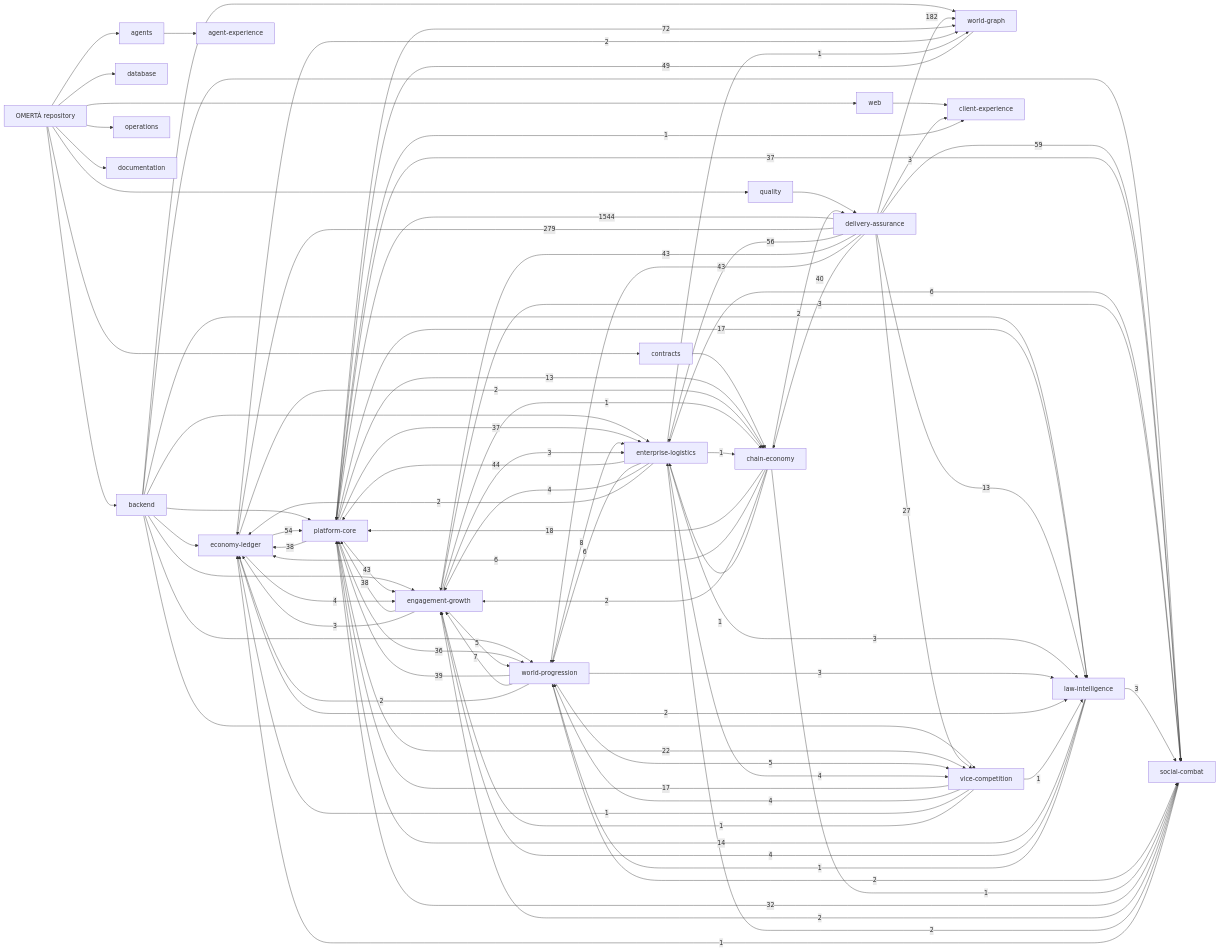
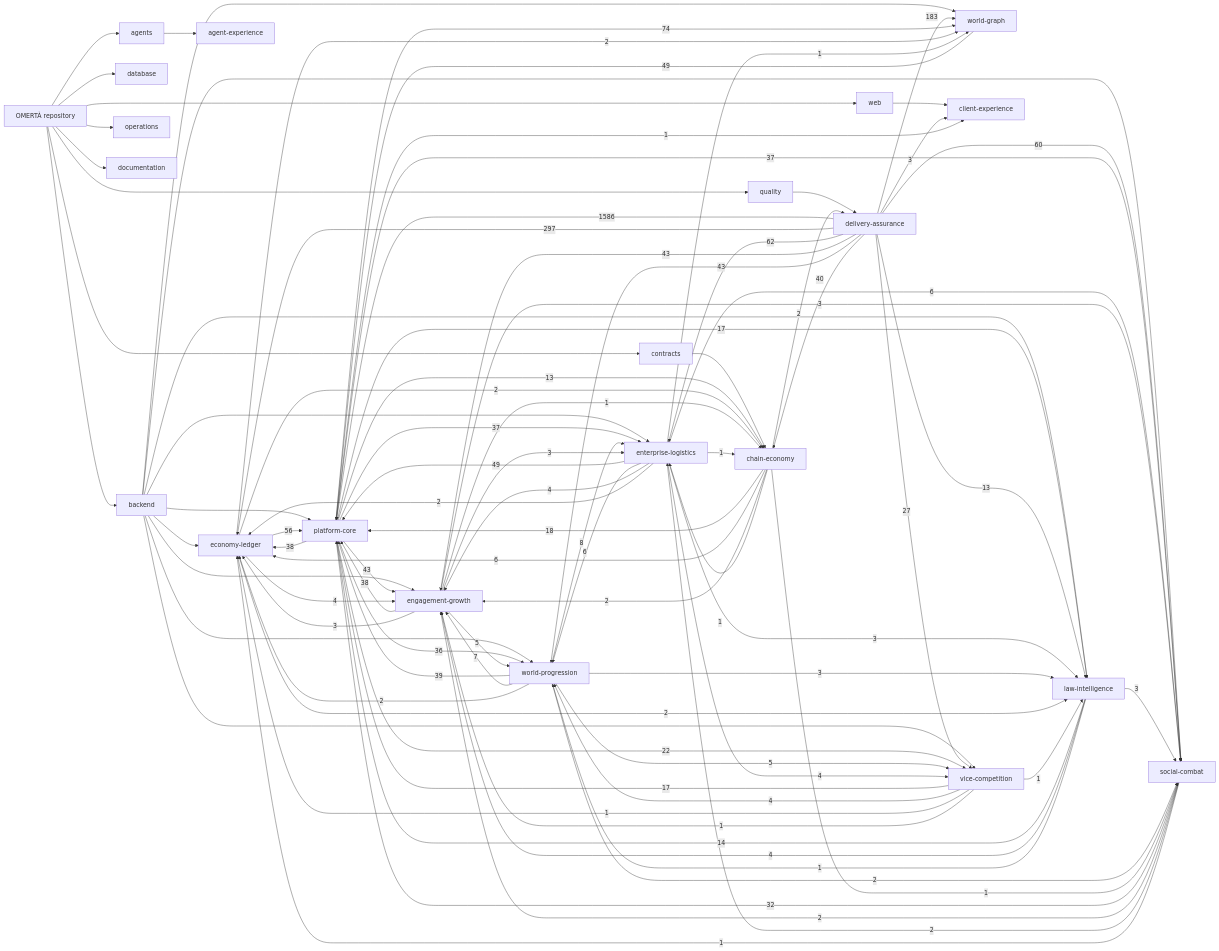
One commit to OmertaDev/Omerta changed the diagram in knowledge/generated/graph.mmd. Above: the diagram before and after it, drawn with Mermaid. The commit also changed 8 other files, not shown here.

```diff
--- a/knowledge/generated/graph.mmd
+++ b/knowledge/generated/graph.mmd
@@ -1,112 +1,112 @@
 flowchart LR
   repo["OMERTÀ repository"]
   sub_backend["backend"]
   repo --> sub_backend
   sub_database["database"]
   repo --> sub_database
   sub_web["web"]
   repo --> sub_web
   sub_contracts["contracts"]
   repo --> sub_contracts
   sub_agents["agents"]
   repo --> sub_agents
   sub_quality["quality"]
   repo --> sub_quality
   sub_operations["operations"]
   repo --> sub_operations
   sub_documentation["documentation"]
   repo --> sub_documentation
   dom_platform-core["platform-core"]
   dom_economy-ledger["economy-ledger"]
   dom_social-combat["social-combat"]
   dom_world-progression["world-progression"]
   dom_world-graph["world-graph"]
   dom_enterprise-logistics["enterprise-logistics"]
   dom_vice-competition["vice-competition"]
   dom_law-intelligence["law-intelligence"]
   dom_chain-economy["chain-economy"]
   dom_engagement-growth["engagement-growth"]
   dom_client-experience["client-experience"]
   dom_agent-experience["agent-experience"]
   dom_delivery-assurance["delivery-assurance"]
   sub_agents --> dom_agent-experience
   sub_backend --> dom_economy-ledger
   sub_backend --> dom_engagement-growth
   sub_backend --> dom_enterprise-logistics
   sub_backend --> dom_law-intelligence
   sub_backend --> dom_platform-core
   sub_backend --> dom_social-combat
   sub_backend --> dom_vice-competition
   sub_backend --> dom_world-graph
   sub_backend --> dom_world-progression
   sub_contracts --> dom_chain-economy
   sub_quality --> dom_delivery-assurance
   sub_web --> dom_client-experience
-  dom_delivery-assurance -->|1544| dom_platform-core
-  dom_delivery-assurance -->|279| dom_economy-ledger
-  dom_delivery-assurance -->|182| dom_world-graph
-  dom_platform-core -->|72| dom_world-graph
-  dom_delivery-assurance -->|59| dom_social-combat
-  dom_delivery-assurance -->|56| dom_enterprise-logistics
-  dom_economy-ledger -->|54| dom_platform-core
+  dom_delivery-assurance -->|1586| dom_platform-core
+  dom_delivery-assurance -->|297| dom_economy-ledger
+  dom_delivery-assurance -->|183| dom_world-graph
+  dom_platform-core -->|74| dom_world-graph
+  dom_delivery-assurance -->|62| dom_enterprise-logistics
+  dom_delivery-assurance -->|60| dom_social-combat
+  dom_economy-ledger -->|56| dom_platform-core
+  dom_enterprise-logistics -->|49| dom_platform-core
   dom_world-graph -->|49| dom_platform-core
-  dom_enterprise-logistics -->|44| dom_platform-core
   dom_delivery-assurance -->|43| dom_engagement-growth
   dom_delivery-assurance -->|43| dom_world-progression
   dom_platform-core -->|43| dom_engagement-growth
   dom_delivery-assurance -->|40| dom_chain-economy
   dom_world-progression -->|39| dom_platform-core
   dom_engagement-growth -->|38| dom_platform-core
   dom_platform-core -->|38| dom_economy-ledger
   dom_platform-core -->|37| dom_enterprise-logistics
   dom_platform-core -->|37| dom_social-combat
   dom_platform-core -->|36| dom_world-progression
   dom_social-combat -->|32| dom_platform-core
   dom_delivery-assurance -->|27| dom_vice-competition
   dom_platform-core -->|22| dom_vice-competition
   dom_chain-economy -->|18| dom_platform-core
   dom_platform-core -->|17| dom_law-intelligence
   dom_vice-competition -->|17| dom_platform-core
   dom_law-intelligence -->|14| dom_platform-core
   dom_delivery-assurance -->|13| dom_law-intelligence
   dom_platform-core -->|13| dom_chain-economy
   dom_world-progression -->|8| dom_enterprise-logistics
   dom_world-progression -->|7| dom_engagement-growth
   dom_chain-economy -->|6| dom_economy-ledger
   dom_enterprise-logistics -->|6| dom_social-combat
   dom_enterprise-logistics -->|6| dom_world-progression
   dom_engagement-growth -->|5| dom_world-progression
   dom_world-progression -->|5| dom_vice-competition
   dom_economy-ledger -->|4| dom_engagement-growth
   dom_enterprise-logistics -->|4| dom_engagement-growth
   dom_enterprise-logistics -->|4| dom_vice-competition
   dom_law-intelligence -->|4| dom_engagement-growth
   dom_vice-competition -->|4| dom_world-progression
   dom_delivery-assurance -->|3| dom_client-experience
   dom_engagement-growth -->|3| dom_economy-ledger
   dom_engagement-growth -->|3| dom_enterprise-logistics
   dom_engagement-growth -->|3| dom_social-combat
   dom_enterprise-logistics -->|3| dom_law-intelligence
   dom_law-intelligence -->|3| dom_social-combat
   dom_world-progression -->|3| dom_law-intelligence
   dom_chain-economy -->|2| dom_delivery-assurance
   dom_chain-economy -->|2| dom_engagement-growth
   dom_economy-ledger -->|2| dom_chain-economy
   dom_economy-ledger -->|2| dom_law-intelligence
   dom_economy-ledger -->|2| dom_world-graph
   dom_enterprise-logistics -->|2| dom_economy-ledger
   dom_social-combat -->|2| dom_engagement-growth
   dom_social-combat -->|2| dom_enterprise-logistics
   dom_world-progression -->|2| dom_economy-ledger
   dom_world-progression -->|2| dom_social-combat
   dom_chain-economy -->|1| dom_enterprise-logistics
   dom_chain-economy -->|1| dom_social-combat
   dom_engagement-growth -->|1| dom_chain-economy
   dom_enterprise-logistics -->|1| dom_chain-economy
   dom_enterprise-logistics -->|1| dom_world-graph
   dom_law-intelligence -->|1| dom_world-progression
   dom_platform-core -->|1| dom_client-experience
   dom_social-combat -->|1| dom_economy-ledger
   dom_vice-competition -->|1| dom_economy-ledger
   dom_vice-competition -->|1| dom_engagement-growth
   dom_vice-competition -->|1| dom_law-intelligence
```
